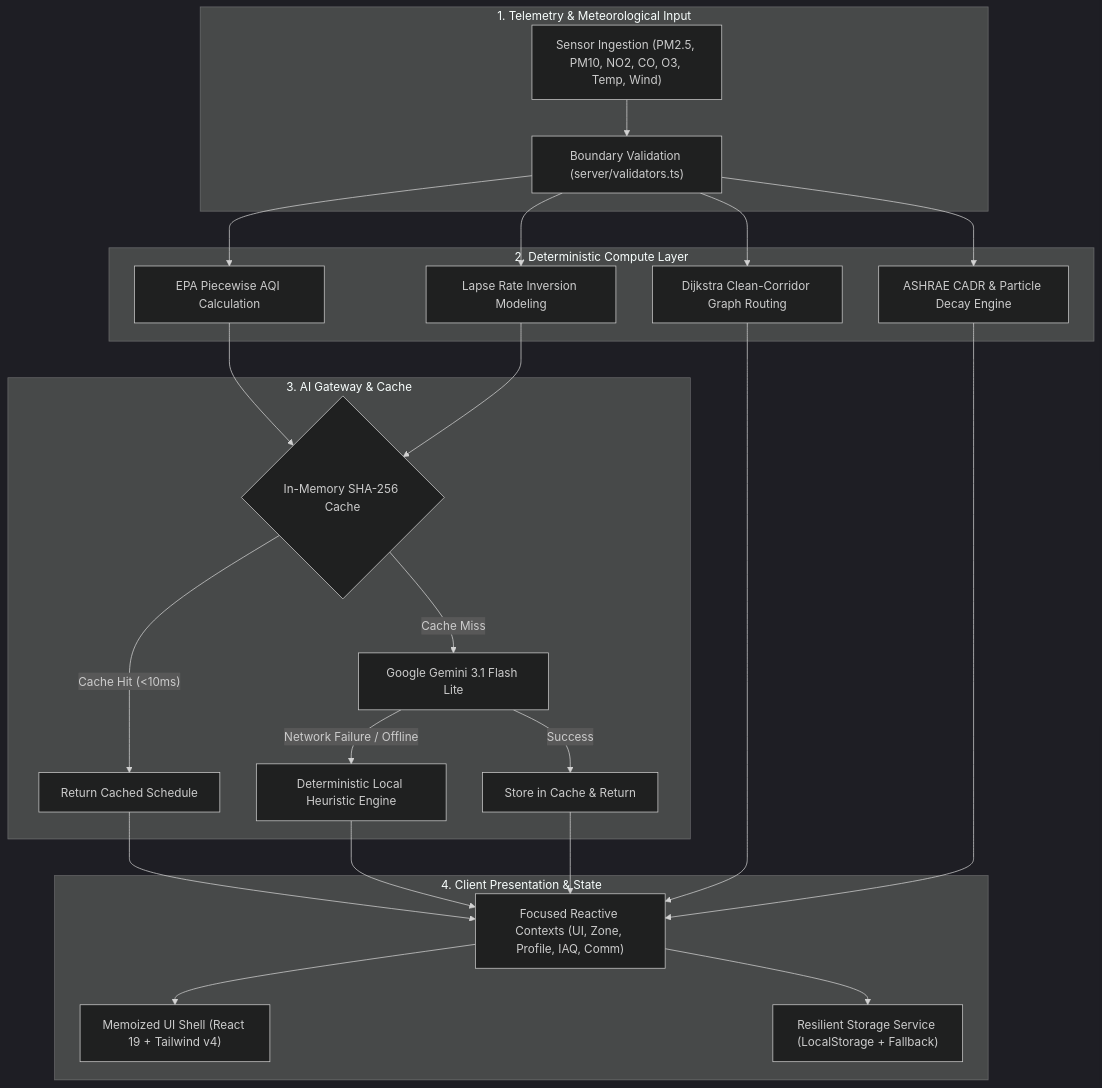
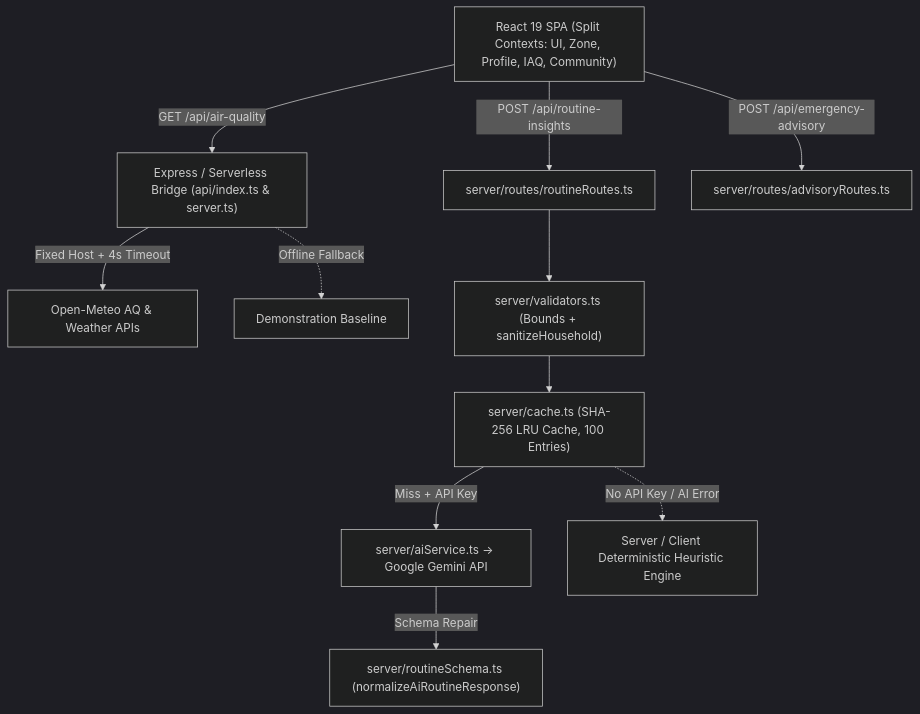
Before and after one commit to 24a31a05fx/VAYORA: the diagram in README.md, drawn with Mermaid (dark theme). The commit also changed other lines of this file and 51 other files, not shown here.

Commit message:
feat(challenge06): complete V1 family workflow, live Open-Meteo sync, AI schema repair, and deployment setup

````diff
--- a/README.md
+++ b/README.md
@@ -123,27 +77,13 @@
 ```mermaid
 flowchart TD
-    subgraph Ingestion["1. Telemetry & Meteorological Input"]
-        A["Sensor Ingestion (PM2.5, PM10, NO2, CO, O3, Temp, Wind)"] --> B["Boundary Validation (server/validators.ts)"]
-    end
-
-    subgraph Compute["2. Deterministic Compute Layer"]
-        B --> C["EPA Piecewise AQI Calculation"]
-        B --> D["Lapse Rate Inversion Modeling"]
-        B --> E["Dijkstra Clean-Corridor Graph Routing"]
-        B --> F["ASHRAE CADR & Particle Decay Engine"]
-    end
-
-    subgraph Intelligence["3. AI Gateway & Cache"]
-        C & D --> G{"In-Memory SHA-256 Cache"}
-        G -- "Cache Hit (<10ms)" --> H["Return Cached Schedule"]
-        G -- "Cache Miss" --> I["Google Gemini 3.1 Flash Lite"]
-        I -- "Network Failure / Offline" --> J["Deterministic Local Heuristic Engine"]
-        I -- "Success" --> K["Store in Cache & Return"]
-    end
-
-    subgraph Client["4. Client Presentation & State"]
-        H & J & K & E & F --> L["Focused Reactive Contexts (UI, Zone, Profile, IAQ, Comm)"]
-        L --> M["Memoized UI Shell (React 19 + Tailwind v4)"]
-        L --> N["Resilient Storage Service (LocalStorage + Fallback)"]
-    end
+    UI["React 19 SPA (Split Contexts: UI, Zone, Profile, IAQ, Community)"] -->|"GET /api/air-quality"| AQRoute["Express / Serverless Bridge (api/index.ts & server.ts)"]
+    UI -->|"POST /api/routine-insights"| RoutineRoute["server/routes/routineRoutes.ts"]
+    UI -->|"POST /api/emergency-advisory"| AdvRoute["server/routes/advisoryRoutes.ts"]
+    AQRoute -->|"Fixed Host + 4s Timeout"| OpenMeteo["Open-Meteo AQ & Weather APIs"]
+    AQRoute -.->|"Offline Fallback"| DemoMode["Demonstration Baseline"]
+    RoutineRoute --> Guard["server/validators.ts (Bounds + sanitizeHousehold)"]
+    Guard --> Cache["server/cache.ts (SHA-256 LRU Cache, 100 Entries)"]
+    Cache -->|"Miss + API Key"| Gemini["server/aiService.ts -> Google Gemini API"]
+    Gemini -->|"Schema Repair"| Normalizer["server/routineSchema.ts (normalizeAiRoutineResponse)"]
+    Cache -.->|"No API Key / AI Error"| Heuristic["Server / Client Deterministic Heuristic Engine"]
 ```
````
